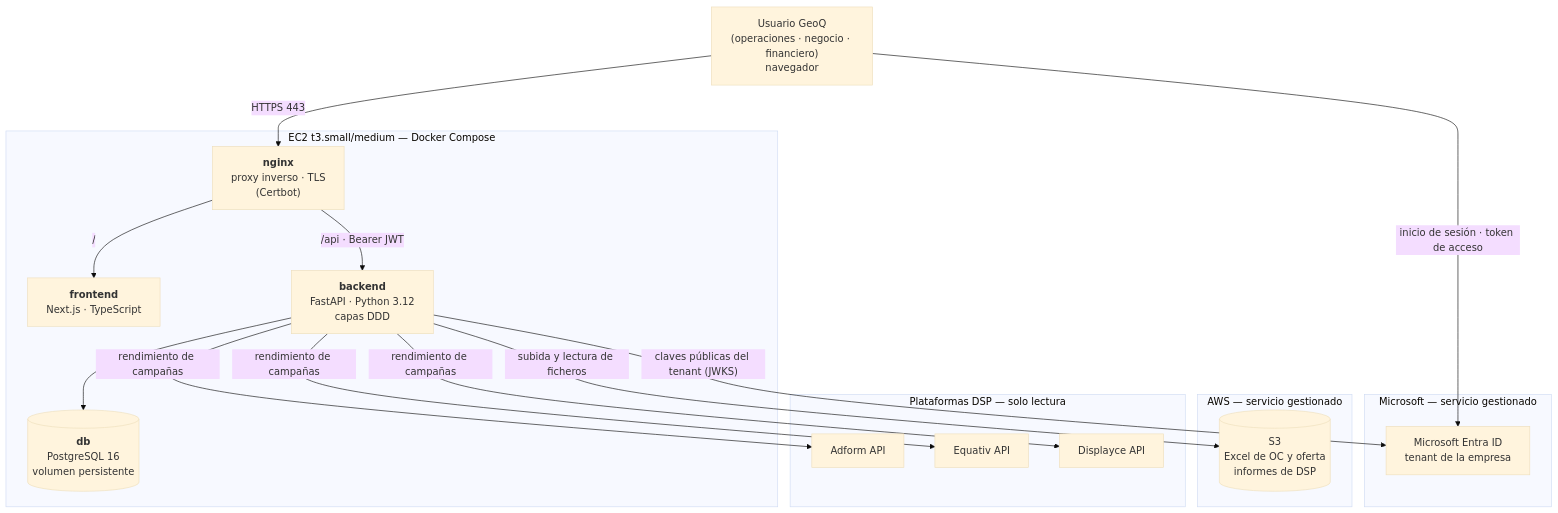
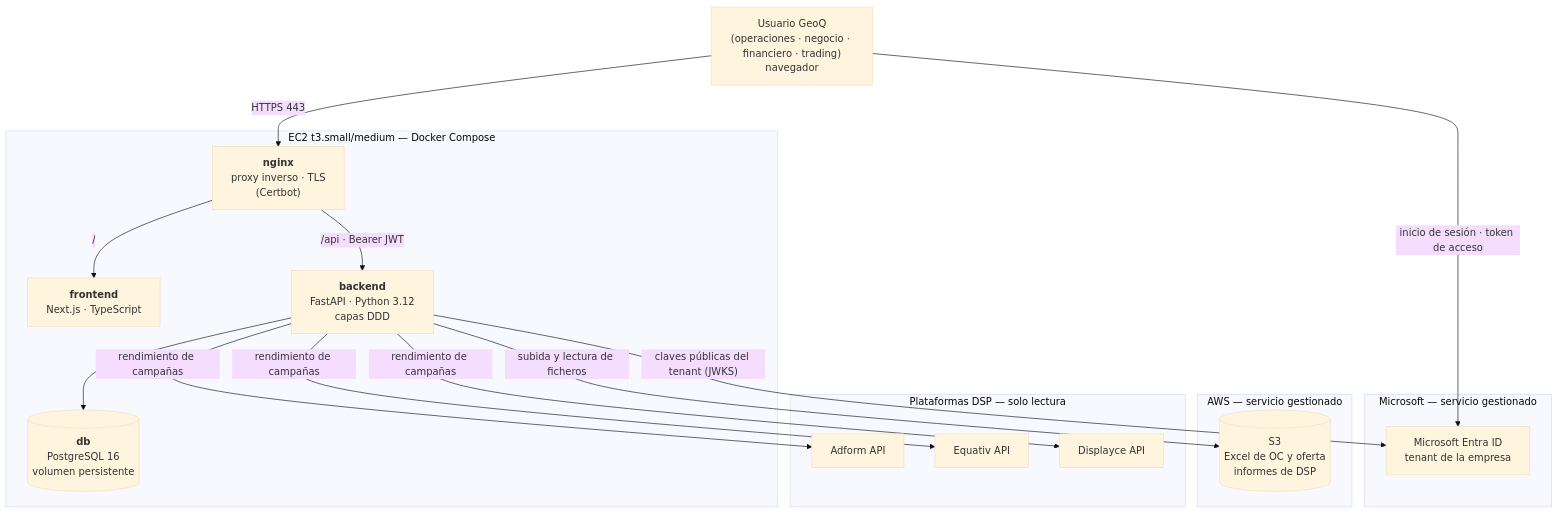
The first of 4 diagrams in readme.md (lfmorales/AI4Devs-finalproject-temp), drawn with Mermaid (base theme) before and after one commit. The commit also changed other lines of this file and 4 other files, not shown here.

````diff
--- a/readme.md
+++ b/readme.md
@@ -294,36 +294,36 @@
 ```mermaid
 flowchart TB
-    user["Usuario GeoQ<br/>(operaciones · negocio · financiero)<br/>navegador"]
+    user["Usuario GeoQ<br/>(operaciones · negocio · financiero · trading)<br/>navegador"]
 
     subgraph ec2["EC2 t3.small/medium — Docker Compose"]
         nginx["<b>nginx</b><br/>proxy inverso · TLS<br/>(Certbot)"]
         frontend["<b>frontend</b><br/>Next.js · TypeScript"]
         backend["<b>backend</b><br/>FastAPI · Python 3.12<br/>capas DDD"]
         db[("<b>db</b><br/>PostgreSQL 16<br/>volumen persistente")]
     end
 
     subgraph microsoft["Microsoft — servicio gestionado"]
         entra["Microsoft Entra ID<br/>tenant de la empresa"]
     end
 
     subgraph aws["AWS — servicio gestionado"]
         s3[("S3<br/>Excel de OC y oferta<br/>informes de DSP")]
     end
 
     subgraph dsps["Plataformas DSP — solo lectura"]
         adform["Adform API"]
         equativ["Equativ API"]
         displayce["Displayce API"]
     end
 
     user -->|"HTTPS 443"| nginx
     user -->|"inicio de sesión · token de acceso"| entra
     nginx -->|"/"| frontend
     nginx -->|"/api · Bearer JWT"| backend
     backend --> db
     backend -->|"claves públicas del tenant (JWKS)"| entra
     backend -->|"subida y lectura de ficheros"| s3
     backend -->|"rendimiento de campañas"| adform
     backend -->|"rendimiento de campañas"| equativ
     backend -->|"rendimiento de campañas"| displayce
 ```
````
